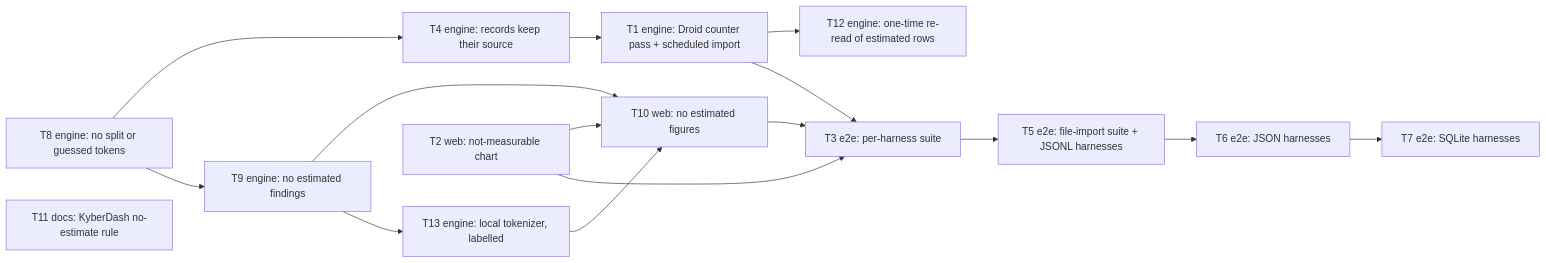
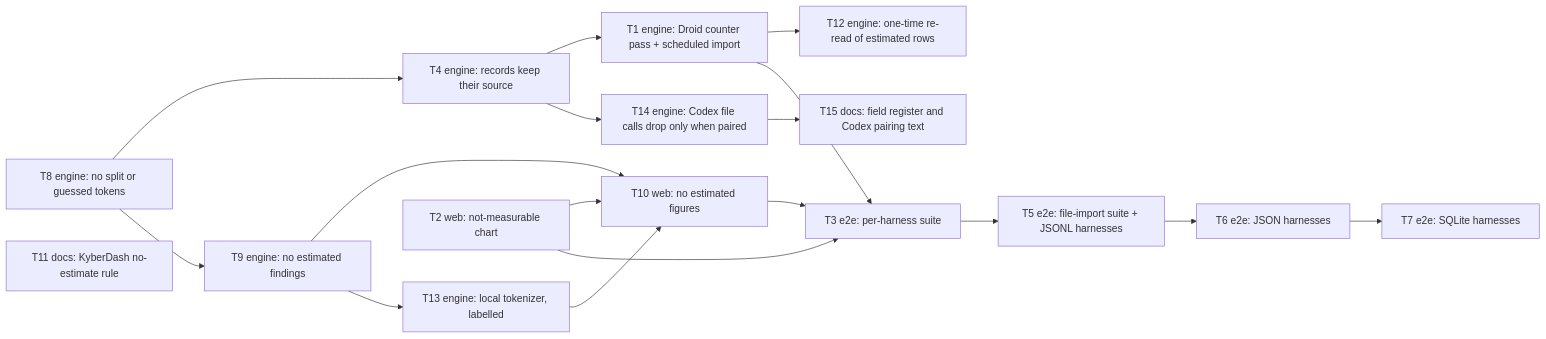
One commit to dpalfery/kyber-weave changed the diagram in docs/plans/2026-11-24-droid-tokens-and-per-harness-e2e.md. Above: the diagram before and after it, drawn with Mermaid. The commit also changed other lines of this file and 1 other file, not shown here.

````diff
--- a/docs/plans/2026-11-24-droid-tokens-and-per-harness-e2e.md
+++ b/docs/plans/2026-11-24-droid-tokens-and-per-harness-e2e.md
@@ -495,18 +546,20 @@
 ```mermaid
 flowchart LR
     T8["T8 engine: no split or guessed tokens"] --> T4["T4 engine: records keep their source"]
     T4 --> T1["T1 engine: Droid counter pass + scheduled import"]
     T1 --> T12["T12 engine: one-time re-read of estimated rows"]
     T8 --> T9["T9 engine: no estimated findings"]
     T9 --> T10["T10 web: no estimated figures"]
     T9 --> T13["T13 engine: local tokenizer, labelled"]
     T13 --> T10
     T2["T2 web: not-measurable chart"] --> T10
     T1 --> T3["T3 e2e: per-harness suite"]
     T2 --> T3
     T10 --> T3
     T11["T11 docs: KyberDash no-estimate rule"]
     T3 --> T5["T5 e2e: file-import suite + JSONL harnesses"]
     T5 --> T6["T6 e2e: JSON harnesses"]
     T6 --> T7["T7 e2e: SQLite harnesses"]
+    T4 --> T14["T14 engine: Codex file calls drop only when paired"]
+    T14 --> T15["T15 docs: field register and Codex pairing text"]
 ```
````
